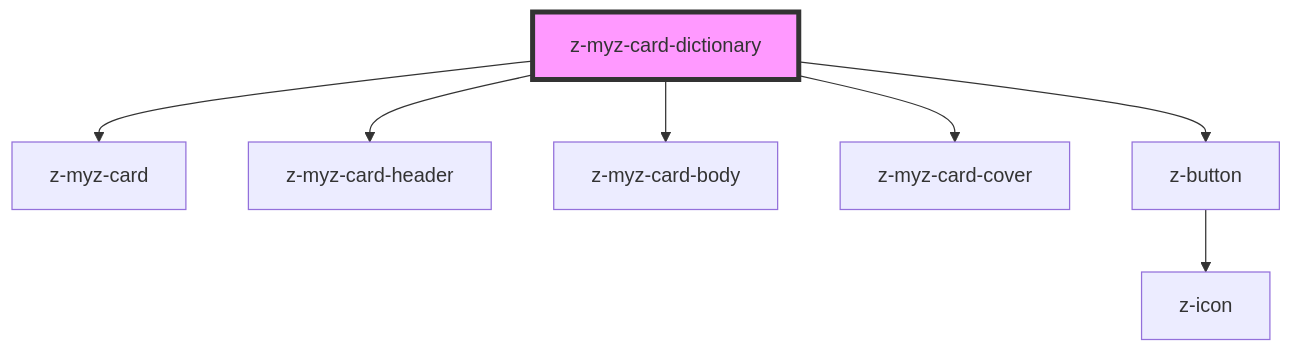
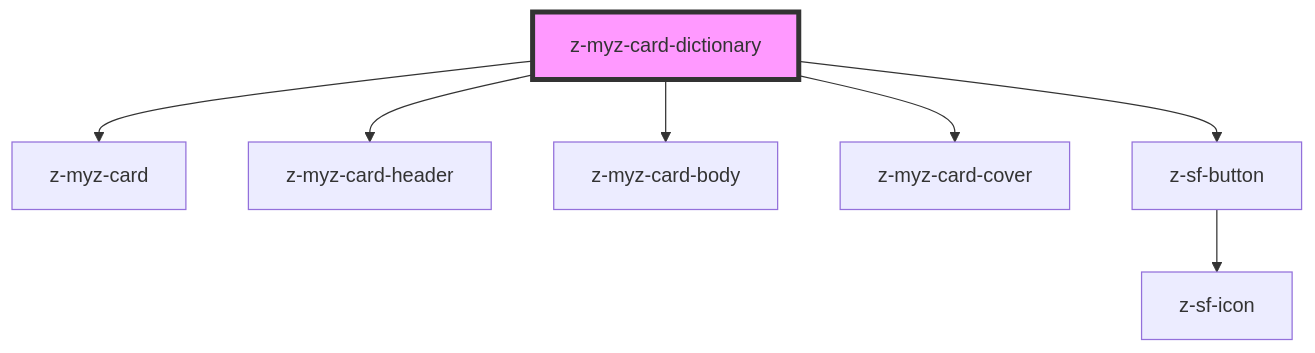
The diagram in src/snowflakes/myz/card/z-myz-card-dictionary/readme.md (ZanichelliEditore/design-system), drawn with Mermaid before and after one commit. The commit also changed other lines of this file and 14 other files, not shown here.

````diff
--- a/src/snowflakes/myz/card/z-myz-card-dictionary/readme.md
+++ b/src/snowflakes/myz/card/z-myz-card-dictionary/readme.md
@@ -44,10 +44,10 @@
 ```mermaid
 graph TD;
   z-myz-card-dictionary --> z-myz-card
   z-myz-card-dictionary --> z-myz-card-header
   z-myz-card-dictionary --> z-myz-card-body
   z-myz-card-dictionary --> z-myz-card-cover
-  z-myz-card-dictionary --> z-button
-  z-button --> z-icon
+  z-myz-card-dictionary --> z-sf-button
+  z-sf-button --> z-sf-icon
   style z-myz-card-dictionary fill:#f9f,stroke:#333,stroke-width:4px
 ```
````
